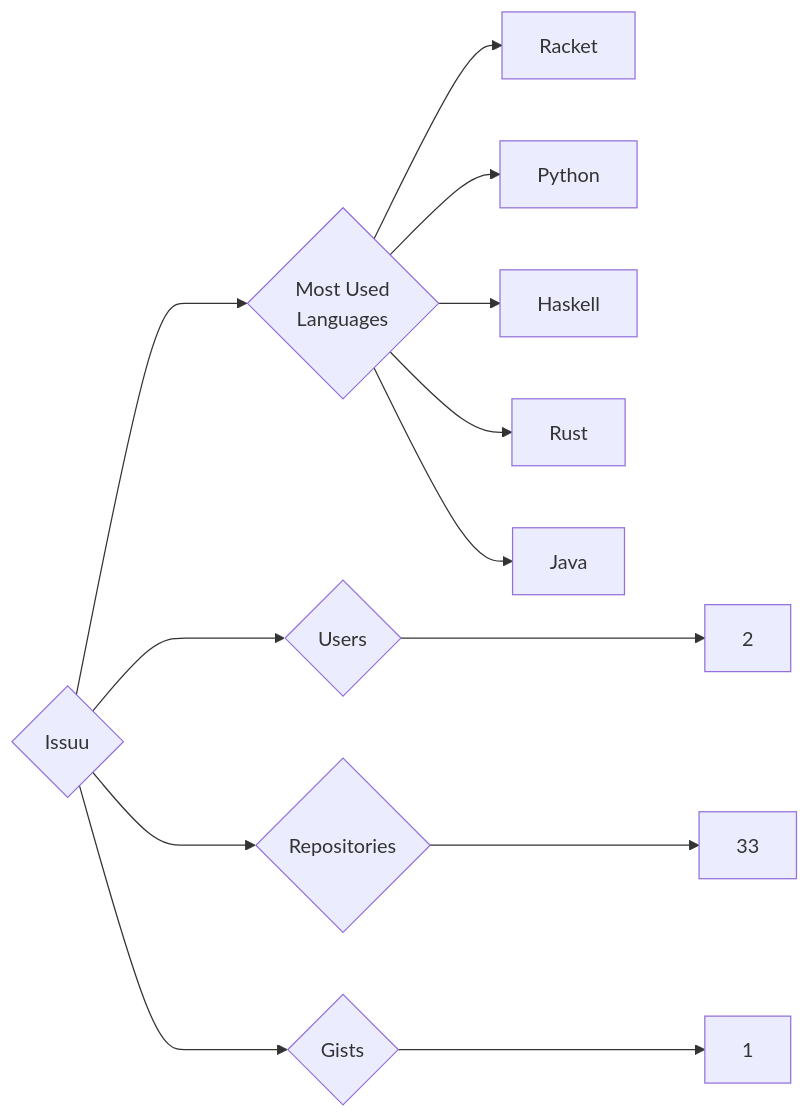
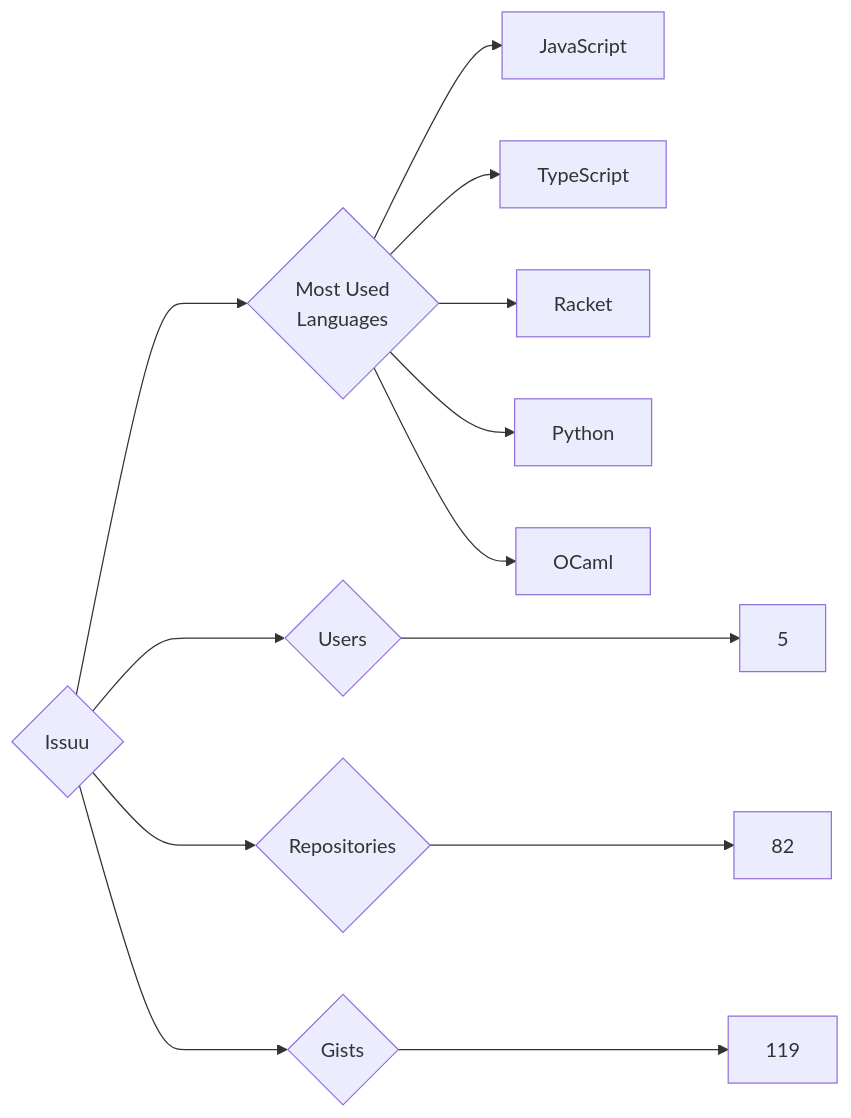
One commit to trickest/insiders changed the diagram in targets/Issuu/README.md. Above: the diagram before and after it, drawn with Mermaid. The commit also changed 900 other files, not shown here.

````diff
--- a/targets/Issuu/README.md
+++ b/targets/Issuu/README.md
@@ -3,13 +3,13 @@
 ```mermaid
 graph LR
 COMPANY_NAME{Issuu}
-COMPANY_NAME ---> U{Users} ---> UN[2]
-COMPANY_NAME ---> R{Repositories} ---> RN[33]
-COMPANY_NAME ---> G{Gists} ---> GN[1]
+COMPANY_NAME ---> U{Users} ---> UN[5]
+COMPANY_NAME ---> R{Repositories} ---> RN[82]
+COMPANY_NAME ---> G{Gists} ---> GN[119]
 COMPANY_NAME ---> ML{Most Used<br>Languages}
+ML --> JavaScript[JavaScript]
+ML --> TypeScript[TypeScript]
 ML --> Racket[Racket]
 ML --> Python[Python]
-ML --> Haskell[Haskell]
-ML --> Rust[Rust]
-ML --> Java[Java]
+ML --> OCaml[OCaml]
 ```
````
